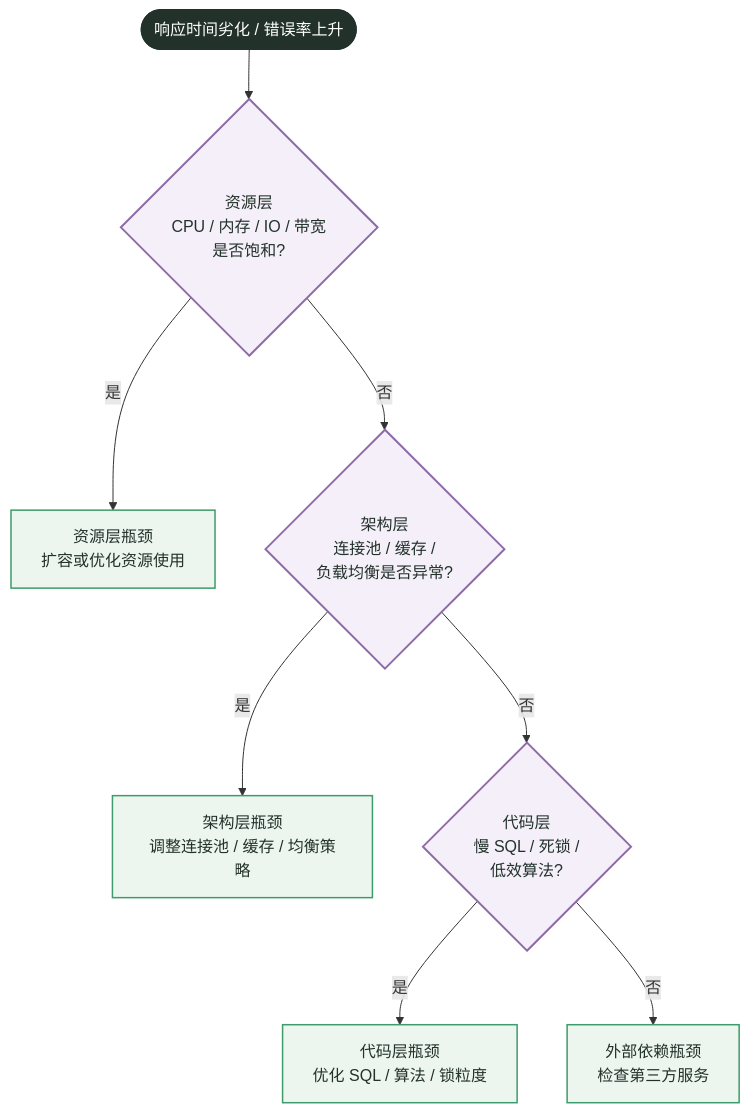
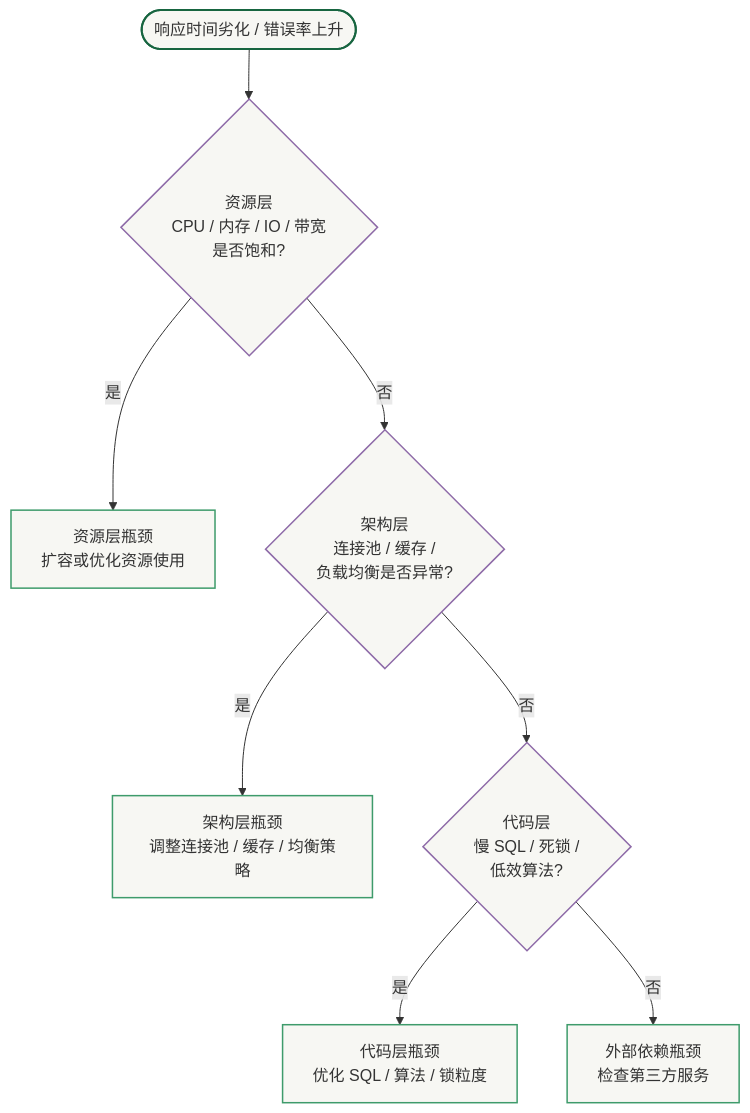
One commit to Fatejian/frontier-vault changed the fourth of 4 diagrams in docs/testing/load-testing-practice.md. Above: the diagram before and after it, drawn with Mermaid. The commit also changed other lines of this file and 65 other files, not shown here.

First line of the commit message:
fix(theme): unify mermaid chart palette and remove solid core fills

````diff
--- a/docs/testing/load-testing-practice.md
+++ b/docs/testing/load-testing-practice.md
@@ -398,20 +398,20 @@
 ```mermaid
 flowchart TB
     Start([响应时间劣化 / 错误率上升])
 
     Start --> Q1{"资源层<br/>CPU / 内存 / IO / 带宽<br/>是否饱和?"}
     Q1 -->|是| R1["资源层瓶颈<br/>扩容或优化资源使用"]
     Q1 -->|否| Q2{"架构层<br/>连接池 / 缓存 /<br/>负载均衡是否异常?"}
     Q2 -->|是| R2["架构层瓶颈<br/>调整连接池 / 缓存 / 均衡策略"]
     Q2 -->|否| Q3{"代码层<br/>慢 SQL / 死锁 /<br/>低效算法?"}
     Q3 -->|是| R3["代码层瓶颈<br/>优化 SQL / 算法 / 锁粒度"]
     Q3 -->|否| R4["外部依赖瓶颈<br/>检查第三方服务"]
 
-    classDef core fill:#22322B,color:#fff,stroke:#22322B,stroke-width:2px;
-    classDef metric fill:#F4EFF8,stroke:#8E6BA8,color:#22322B,stroke-width:2px;
-    classDef work fill:#EDF5EF,stroke:#3E9B6B,color:#22322B,stroke-width:1.5px;
+    classDef core fill:#F7F7F3,stroke:#176540,stroke-width:2px;
+    classDef metric fill:#F7F7F3,stroke:#8E6BA8,stroke-width:1.5px;
+    classDef work fill:#F7F7F3,stroke:#3E9B6B,stroke-width:1.5px;
 
     class Start core;
     class Q1,Q2,Q3 metric;
     class R1,R2,R3,R4 work;
 ```
````
